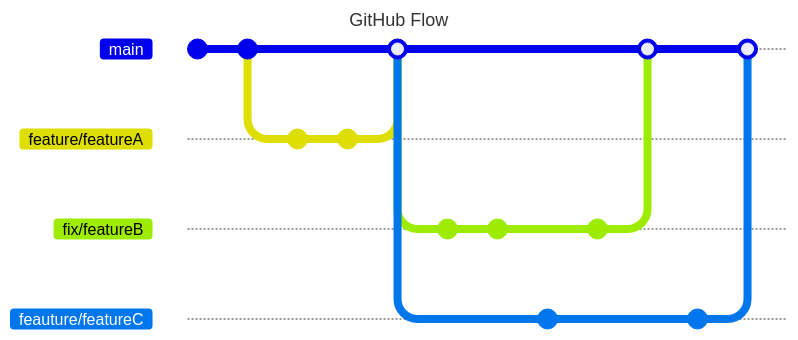
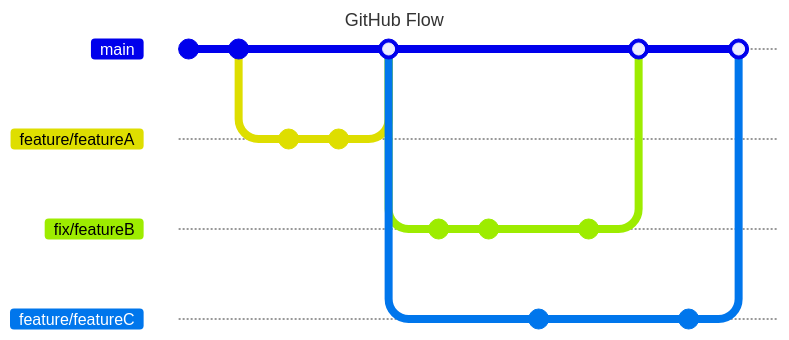
One commit to yu1Ro5/coding-standards changed the first of 2 diagrams in documents/forGitBranch/README.md. Above: the diagram before and after it, drawn with Mermaid. Commit ids are hidden.

Commit message:
refactor: 例示しているブランチ名のタイポを修正 :lipstick: (#118)

````diff
--- a/documents/forGitBranch/README.md
+++ b/documents/forGitBranch/README.md
@@ -58,30 +58,30 @@
 ```mermaid
 ---
 title: GitHub Flow
 ---
 gitGraph
   commit
   commit
   branch feature/featureA
   checkout feature/featureA
   commit
   commit
   checkout main
   merge feature/featureA id:"mergeA"
   branch fix/featureB
-  branch feauture/featureC
+  branch feature/featureC
   checkout fix/featureB
   commit
   commit
-  checkout feauture/featureC
+  checkout feature/featureC
   commit
   checkout main
   checkout fix/featureB
   commit
   checkout main
   merge fix/featureB id:"mergeB"
-  checkout feauture/featureC
+  checkout feature/featureC
   commit
   checkout main
-  merge feauture/featureC id:"mergeC"
+  merge feature/featureC id:"mergeC"
 ```
````
